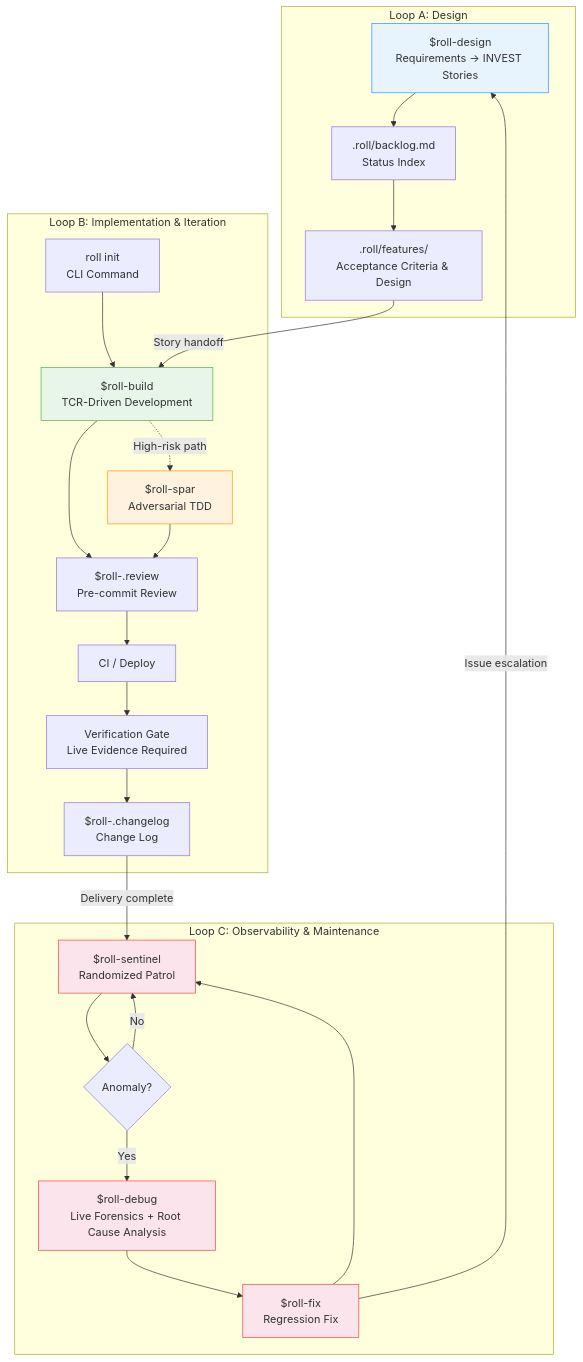
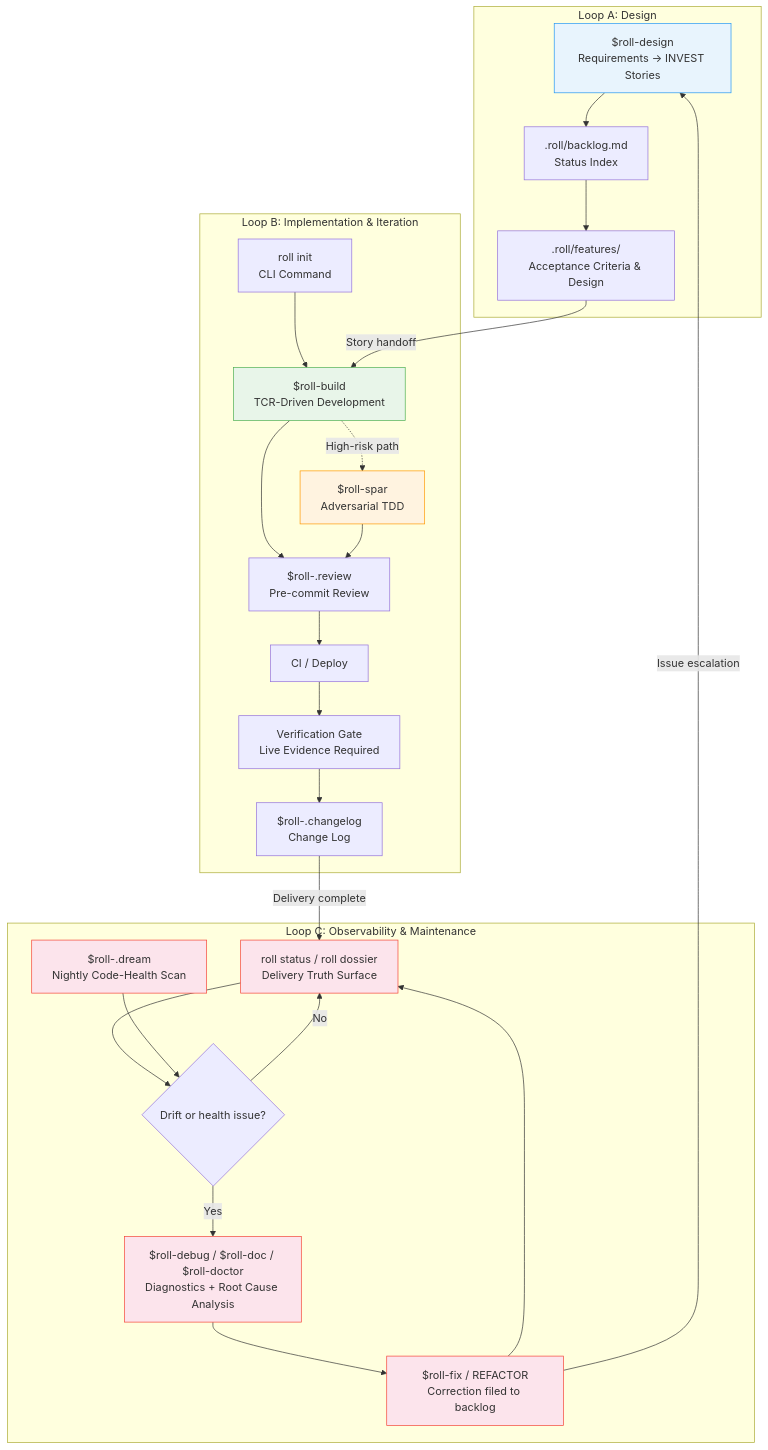
The first of 2 diagrams in guide/en/methodology.md (seanyao/roll), drawn with Mermaid before and after one commit. The commit also changed other lines of this file and 19 other files, not shown here.

````diff
--- a/guide/en/methodology.md
+++ b/guide/en/methodology.md
@@ -25,36 +25,38 @@
 ```mermaid
 graph TB
     subgraph "Loop A: Design"
         A2["$roll-design<br/>Requirements → INVEST Stories"] --> A3[".roll/backlog.md<br/>Status Index"]
         A3 --> A4[".roll/features/<br/>Acceptance Criteria & Design"]
     end
 
     subgraph "Loop B: Implementation & Iteration"
         B1["roll init<br/>CLI Command"] --> B2["$roll-build<br/>TCR-Driven Development"]
         B2 --> B3["$roll-.review<br/>Pre-commit Review"]
         B3 --> B4["CI / Deploy"]
         B4 --> B5["Verification Gate<br/>Live Evidence Required"]
         B5 --> B6["$roll-.changelog<br/>Change Log"]
         B2 -.->|High-risk path| B7["$roll-spar<br/>Adversarial TDD"]
         B7 --> B3
     end
 
     subgraph "Loop C: Observability & Maintenance"
-        C1["$roll-sentinel<br/>Randomized Patrol"] --> C2{"Anomaly?"}
-        C2 -->|Yes| C3["$roll-debug<br/>Live Forensics + Root Cause Analysis"]
-        C3 --> C5["$roll-fix<br/>Regression Fix"]
+        C1["roll status / roll dossier<br/>Delivery Truth Surface"] --> C2{"Drift or health issue?"}
+        C2 -->|Yes| C3["$roll-debug / $roll-doc / $roll-doctor<br/>Diagnostics + Root Cause Analysis"]
+        C3 --> C5["$roll-fix / REFACTOR<br/>Correction filed to backlog"]
+        C6["$roll-.dream<br/>Nightly Code-Health Scan"] --> C2
         C5 --> C1
         C2 -->|No| C1
     end
 
     A4 -->|"Story handoff"| B2
     B6 -->|"Delivery complete"| C1
     C5 -->|"Issue escalation"| A2
 
     style A2 fill:#e8f4fd,stroke:#2196F3
     style B2 fill:#e8f5e9,stroke:#4CAF50
     style B7 fill:#fff3e0,stroke:#FF9800
     style C1 fill:#fce4ec,stroke:#F44336
     style C3 fill:#fce4ec,stroke:#F44336
     style C5 fill:#fce4ec,stroke:#F44336
+    style C6 fill:#fce4ec,stroke:#F44336
 ```
````
